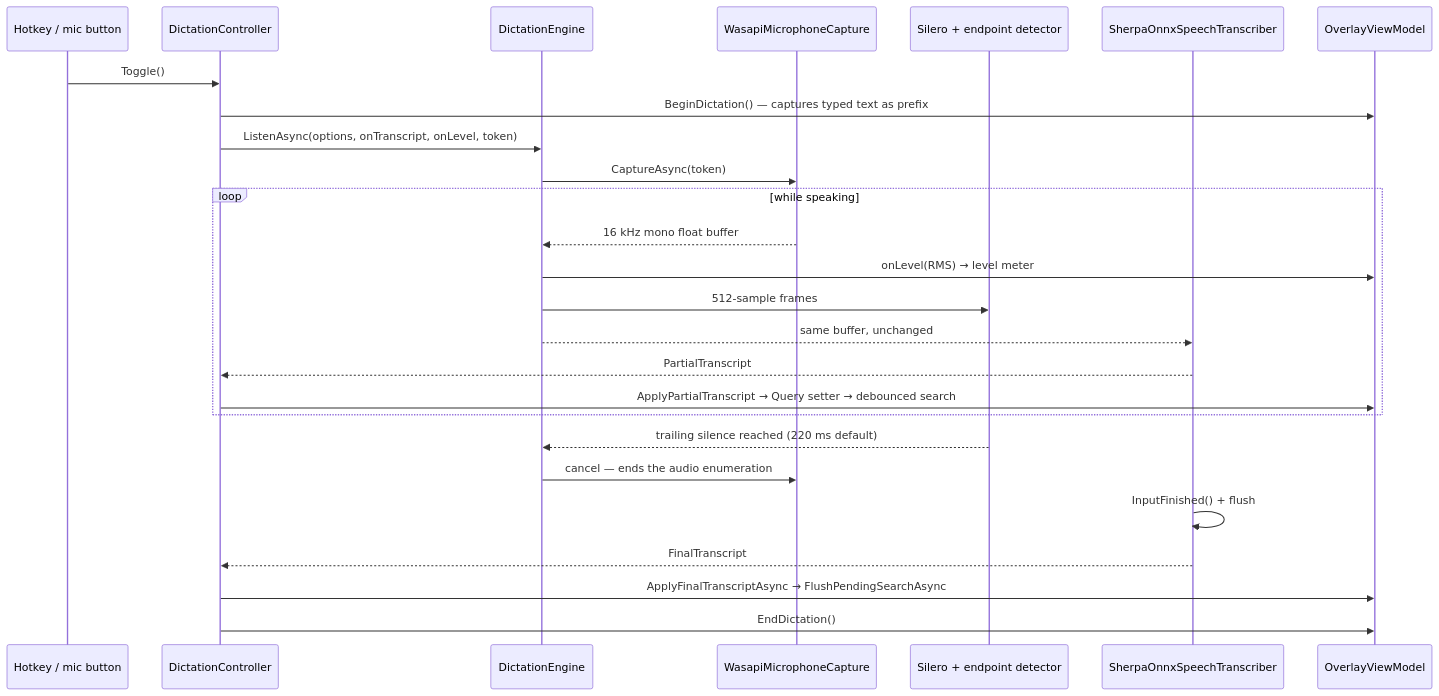
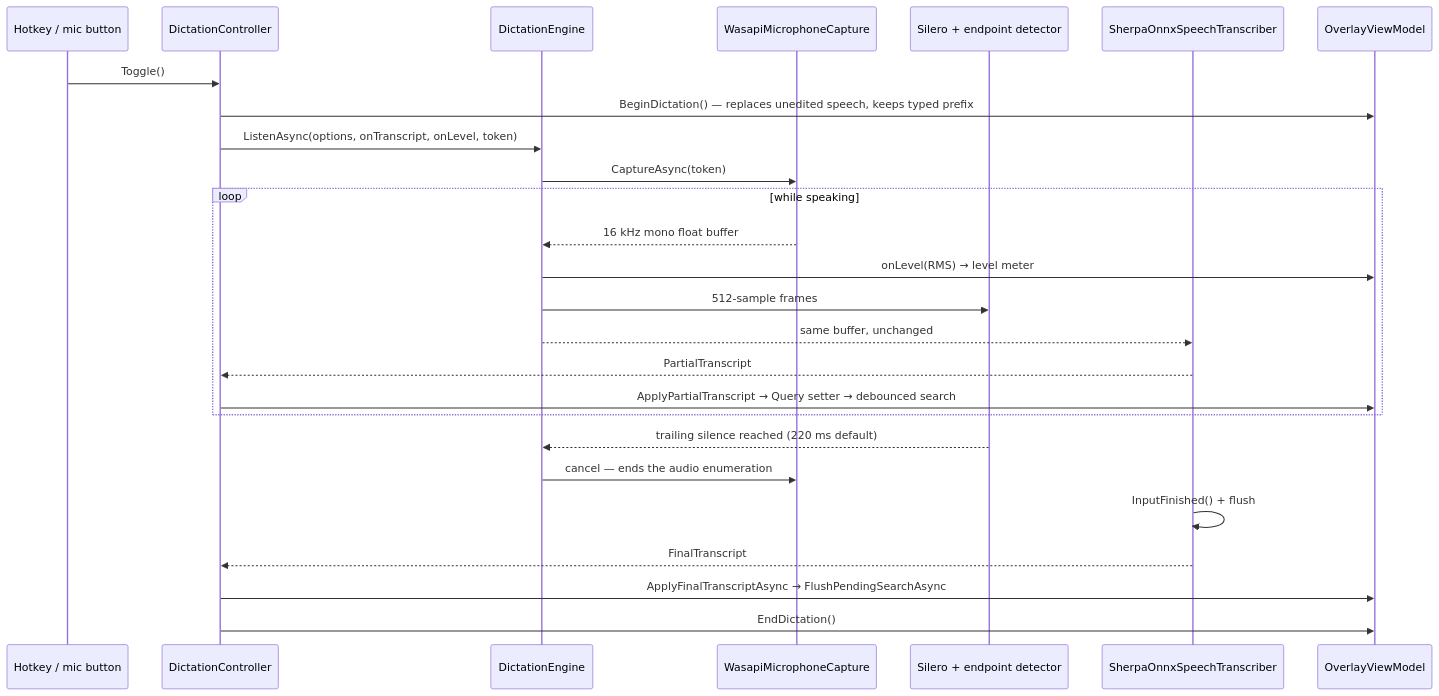
Before and after one commit to albigi/SemanticStart: the third of 5 diagrams in docs/architecture-speech.md, drawn with Mermaid. The commit also changed other lines of this file and 13 other files, not shown here.

````diff
--- a/docs/architecture-speech.md
+++ b/docs/architecture-speech.md
@@ -128,29 +133,29 @@
 ```mermaid
 sequenceDiagram
     participant Key as Hotkey / mic button
     participant Ctl as DictationController
     participant Eng as DictationEngine
     participant Mic as WasapiMicrophoneCapture
     participant Vad as Silero + endpoint detector
     participant Trn as SherpaOnnxSpeechTranscriber
     participant VM as OverlayViewModel
 
     Key->>Ctl: Toggle()
-    Ctl->>VM: BeginDictation() — captures typed text as prefix
+    Ctl->>VM: BeginDictation() — replaces unedited speech, keeps typed prefix
     Ctl->>Eng: ListenAsync(options, onTranscript, onLevel, token)
     Eng->>Mic: CaptureAsync(token)
     loop while speaking
         Mic-->>Eng: 16 kHz mono float buffer
         Eng->>VM: onLevel(RMS) → level meter
         Eng->>Vad: 512-sample frames
         Eng-->>Trn: same buffer, unchanged
         Trn-->>Ctl: PartialTranscript
         Ctl->>VM: ApplyPartialTranscript → Query setter → debounced search
     end
     Vad-->>Eng: trailing silence reached (220 ms default)
     Eng->>Mic: cancel — ends the audio enumeration
     Trn->>Trn: InputFinished() + flush
     Trn-->>Ctl: FinalTranscript
     Ctl->>VM: ApplyFinalTranscriptAsync → FlushPendingSearchAsync
     Ctl->>VM: EndDictation()
 ```
````
